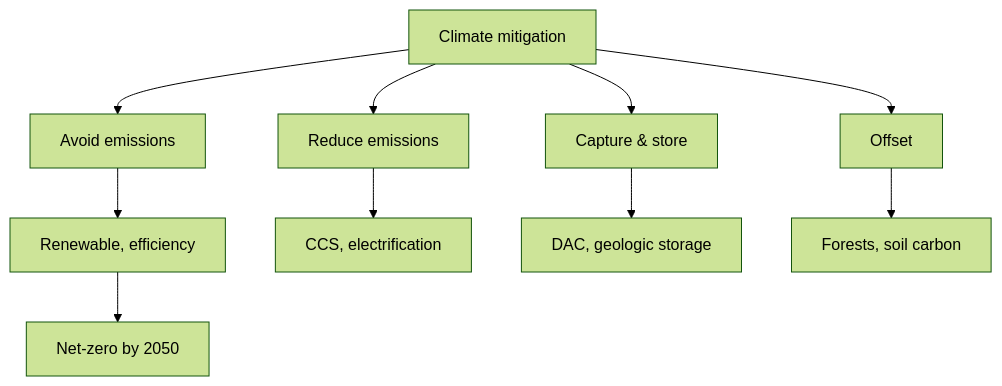
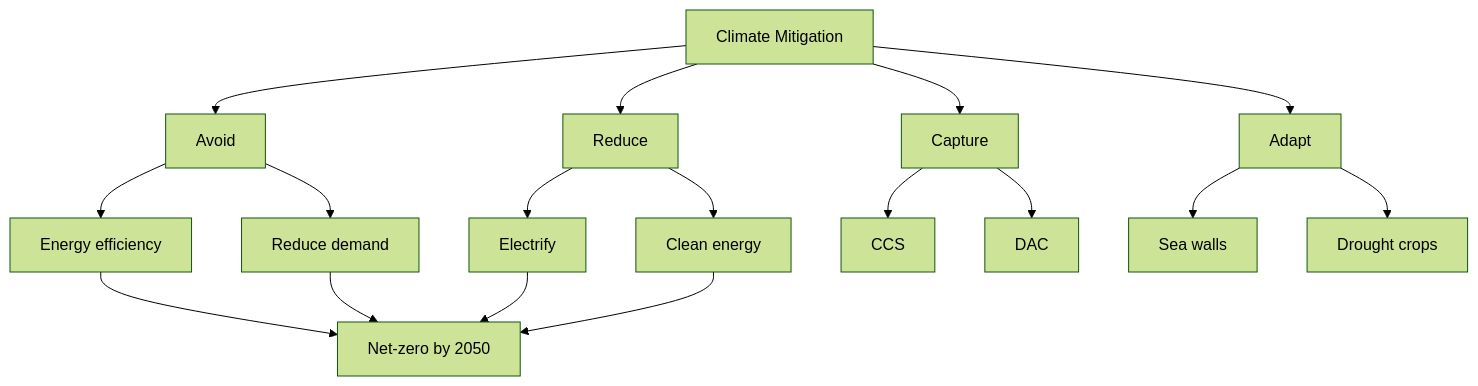
The fifth of 5 diagrams in 01_BSc_Physics/foundation/PHYS_1003_Energy_Environmental_Issues/README.md (yip-lgtm/PhysicsSelfStudy), drawn with Mermaid (forest theme) before and after one commit. The commit also changed other lines of this file and 17 other files, not shown here.

````diff
--- a/01_BSc_Physics/foundation/PHYS_1003_Energy_Environmental_Issues/README.md
+++ b/01_BSc_Physics/foundation/PHYS_1003_Energy_Environmental_Issues/README.md
@@ -184,12 +520,19 @@
 ```mermaid
 graph TD
-    A[Climate mitigation] --> B[Avoid emissions]
-    A --> C[Reduce emissions]
-    A --> D[Capture & store]
-    A --> E[Offset]
-    B --> F[Renewable, efficiency]
-    C --> G[CCS, electrification]
-    D --> H[DAC, geologic storage]
-    E --> I[Forests, soil carbon]
-    F --> J[Net-zero by 2050]
+    A[Climate Mitigation] --> B[Avoid]
+    A --> C[Reduce]
+    A --> D[Capture]
+    A --> E[Adapt]
+    B --> F[Energy efficiency]
+    B --> G[Reduce demand]
+    C --> H[Electrify]
+    C --> I[Clean energy]
+    D --> J[CCS]
+    D --> K[DAC]
+    E --> L[Sea walls]
+    E --> M[Drought crops]
+    F --> N[Net-zero by 2050]
+    G --> N
+    H --> N
+    I --> N
 ```
````
